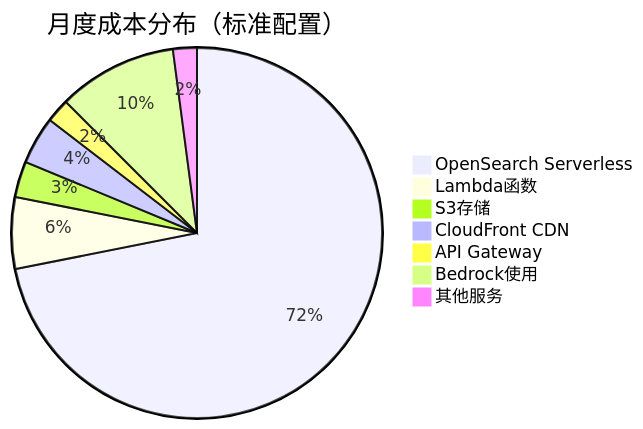
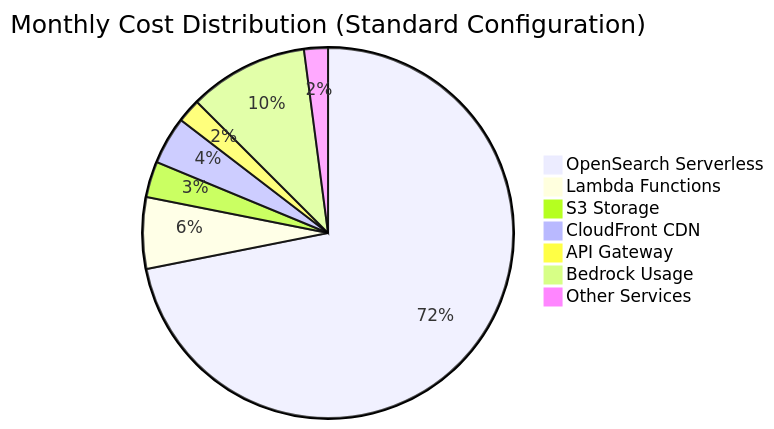
Before and after one commit to yincma/AWS-BEDROCK-RAG: the sixth of 8 diagrams in README.md, drawn with Mermaid. The commit also changed other lines of this file and 10 other files, not shown here.

````diff
--- a/README.md
+++ b/README.md
@@ -556,10 +556,10 @@
 ```mermaid
-pie title 月度成本分布（标准配置）
+pie title Monthly Cost Distribution (Standard Configuration)
     "OpenSearch Serverless" : 345
-    "Lambda函数" : 30
-    "S3存储" : 15
+    "Lambda Functions" : 30
+    "S3 Storage" : 15
     "CloudFront CDN" : 20
     "API Gateway" : 10
-    "Bedrock使用" : 50
-    "其他服务" : 10
+    "Bedrock Usage" : 50
+    "Other Services" : 10
 ```
````
